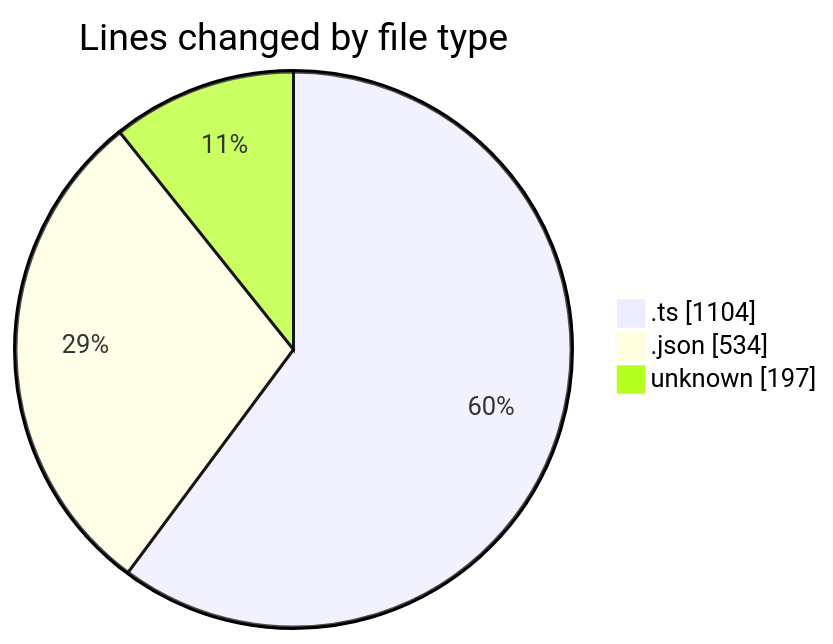
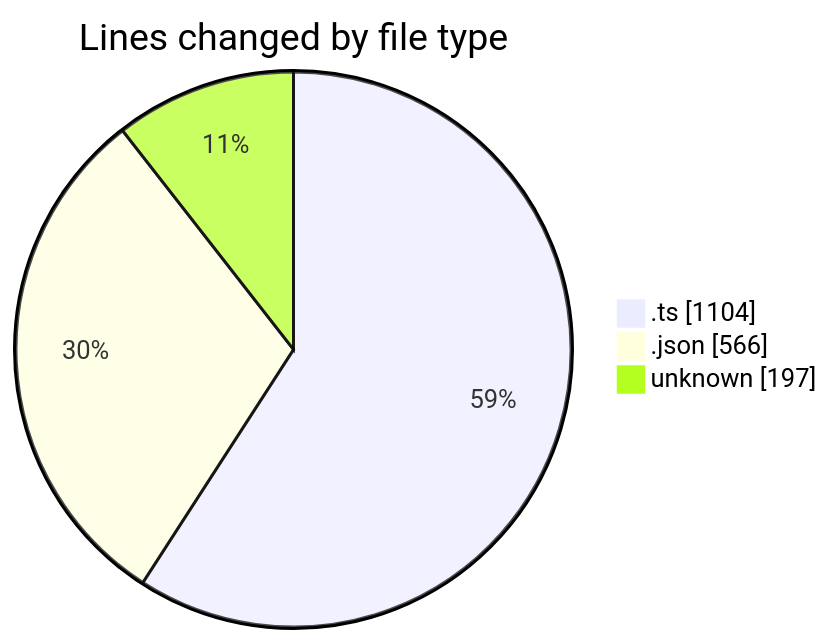
The first of 2 diagrams in 2025-08-24/chatgpt-extension/README.md (EIIisD/code-tracking), drawn with Mermaid before and after one commit. The commit also changed other lines of this file and 1 other file, not shown here.

````diff
--- a/2025-08-24/chatgpt-extension/README.md
+++ b/2025-08-24/chatgpt-extension/README.md
@@ -24,7 +24,7 @@
 ```mermaid
 pie showData
 title Lines changed by file type
 ".ts" : 1104
-".json" : 534
+".json" : 566
 "unknown" : 197
 ```
````
